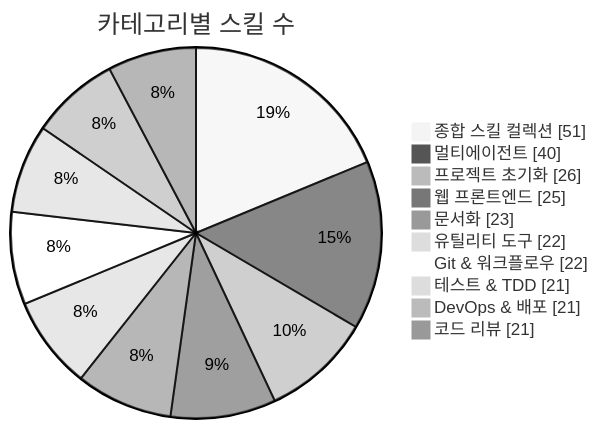
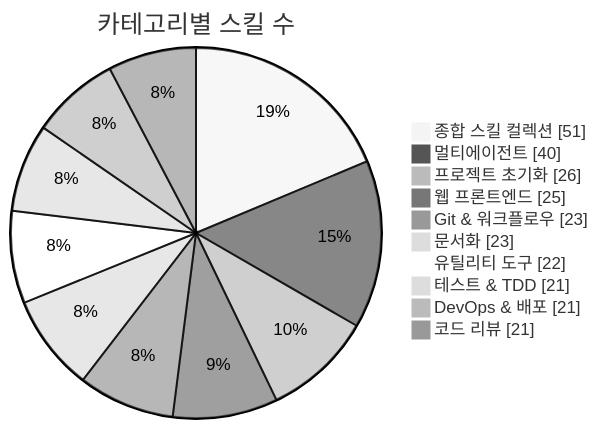
One commit to J-nowcow/awesome-korean-agent-skills changed the first of 3 diagrams in README.md. Above: the diagram before and after it, drawn with Mermaid (neutral theme). The commit also changed other lines of this file and 5 other files, not shown here.

````diff
--- a/README.md
+++ b/README.md
@@ -176,14 +176,14 @@
 ```mermaid
 pie showData
     title 카테고리별 스킬 수
     "종합 스킬 컬렉션" : 51
     "멀티에이전트" : 40
     "프로젝트 초기화" : 26
     "웹 프론트엔드" : 25
+    "Git & 워크플로우" : 23
     "문서화" : 23
     "유틸리티 도구" : 22
-    "Git & 워크플로우" : 22
     "테스트 & TDD" : 21
     "DevOps & 배포" : 21
     "코드 리뷰" : 21
 ```
````
